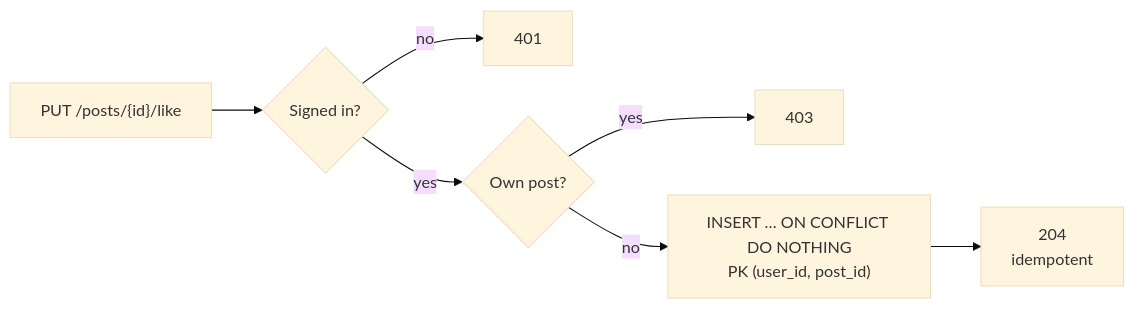
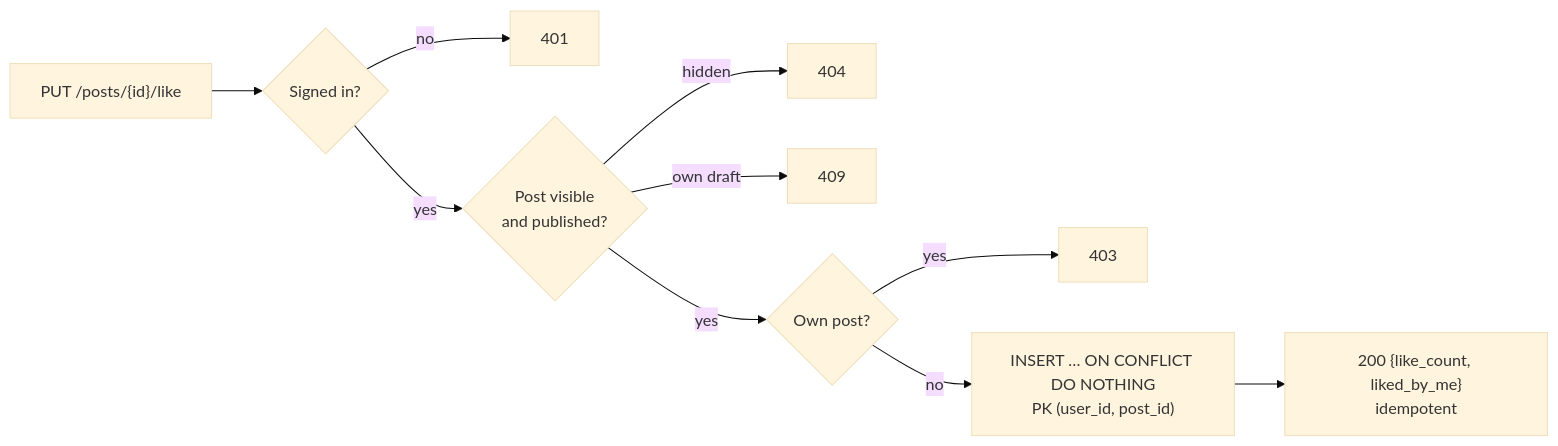
Before and after one commit to mr-laboratory/nebula: the ninth of 13 diagrams in docs/architecture.md, drawn with Mermaid (base theme). The commit also changed other lines of this file and 3 other files, not shown here.

Commit message:
docs: likes and comments API, flows and learning log; bump version to 0.5.0

````diff
--- a/docs/architecture.md
+++ b/docs/architecture.md
@@ -145,8 +145,11 @@
 ```mermaid
 flowchart LR
     L["PUT /posts/{id}/like"] --> S{Signed in?}
     S -->|no| U[401]
-    S -->|yes| O{Own post?}
+    S -->|yes| V{"Post visible<br/>and published?"}
+    V -->|"hidden"| NF[404]
+    V -->|"own draft"| CF[409]
+    V -->|yes| O{Own post?}
     O -->|yes| F[403]
-    O -->|no| I["INSERT … ON CONFLICT DO NOTHING<br/>PK (user_id, post_id)"] --> N["204<br/>idempotent"]
+    O -->|no| I["INSERT … ON CONFLICT DO NOTHING<br/>PK (user_id, post_id)"] --> N["200 {like_count, liked_by_me}<br/>idempotent"]
 ```
````
